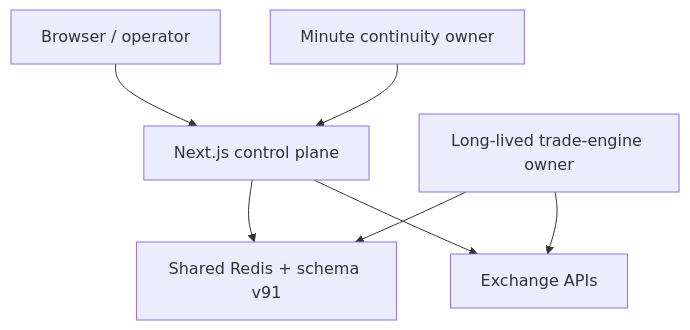
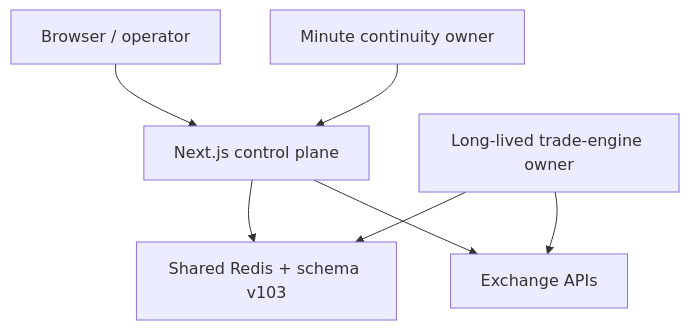
One commit to mxssnx-creator/CTS-K-N changed the diagram in docs/recreation/architecture.md. Above: the diagram before and after it, drawn with Mermaid. The commit also changed 69 other files, not shown here.

````diff
--- a/docs/recreation/architecture.md
+++ b/docs/recreation/architecture.md
@@ -7,9 +7,9 @@
 ```mermaid
 flowchart TB
   U["Browser / operator"] --> W["Next.js control plane"]
-  W --> R["Shared Redis + schema v91"]
+  W --> R["Shared Redis + schema v103"]
   C["Minute continuity owner"] --> W
   E["Long-lived trade-engine owner"] --> R
   E --> X["Exchange APIs"]
   W --> X
 ```
````
